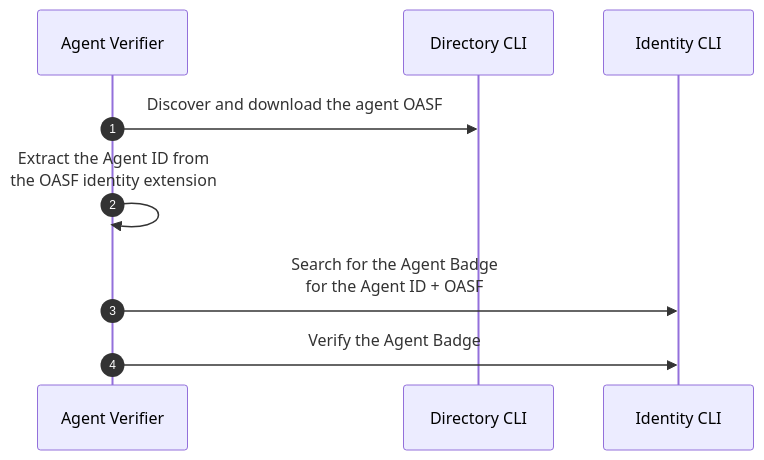
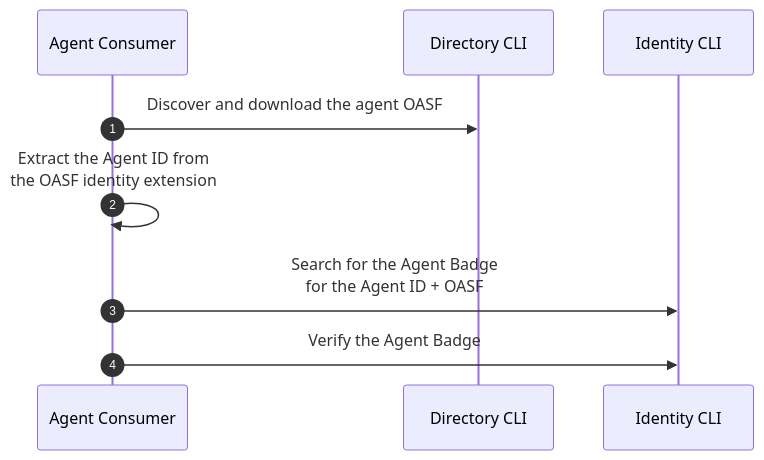
Before and after one commit to agntcy/identity-spec: the fourth of 4 diagrams in docs-src/docs/specs/flows/agntcy_user.md, drawn with Mermaid. The commit also changed other lines of this file, not shown here.

Commit message:
feat: Update diagrams to change verifier to consumer

````diff
--- a/docs-src/docs/specs/flows/agntcy_user.md
+++ b/docs-src/docs/specs/flows/agntcy_user.md
@@ -58,12 +58,12 @@
 ```mermaid
 sequenceDiagram
 autonumber
 
-Agent Verifier->>Directory CLI: Discover and download the agent OASF
+Agent Consumer->>Directory CLI: Discover and download the agent OASF
 
-Agent Verifier->>Agent Verifier: Extract the Agent ID from<br/>the OASF identity extension
+Agent Consumer->>Agent Consumer: Extract the Agent ID from<br/>the OASF identity extension
 
-Agent Verifier->>Identity CLI: Search for the Agent Badge<br/>for the Agent ID + OASF
+Agent Consumer->>Identity CLI: Search for the Agent Badge<br/>for the Agent ID + OASF
 
-Agent Verifier->>Identity CLI: Verify the Agent Badge
+Agent Consumer->>Identity CLI: Verify the Agent Badge
 ```
````
